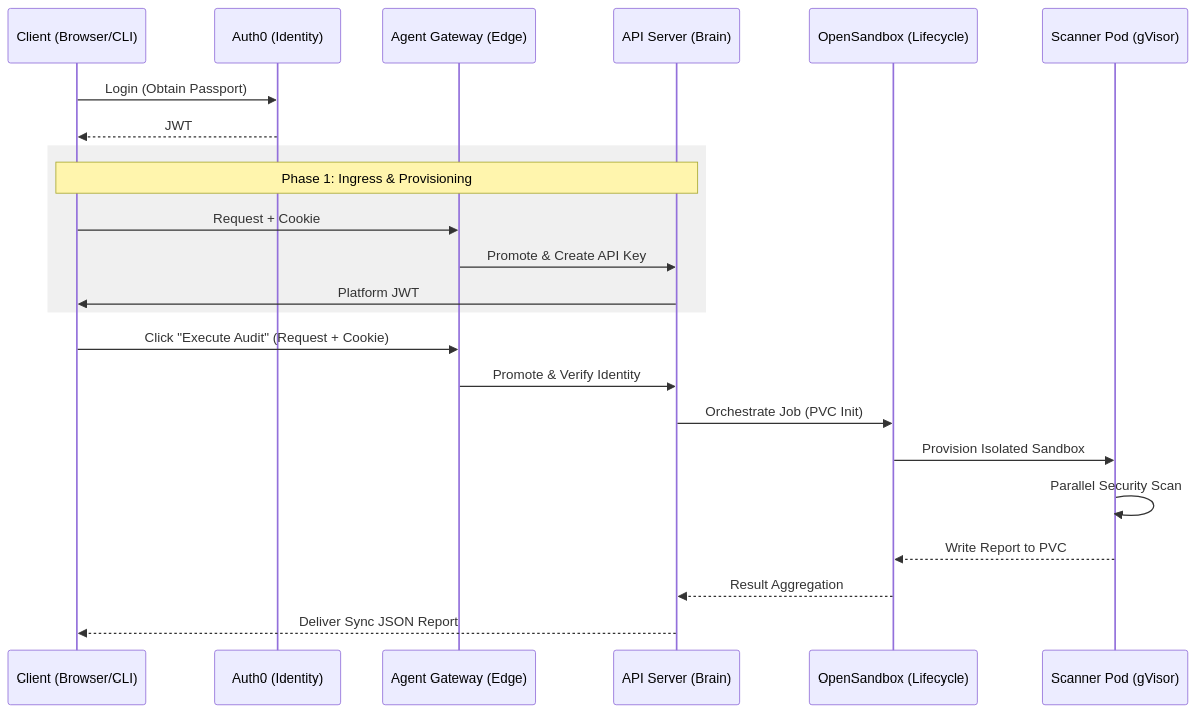
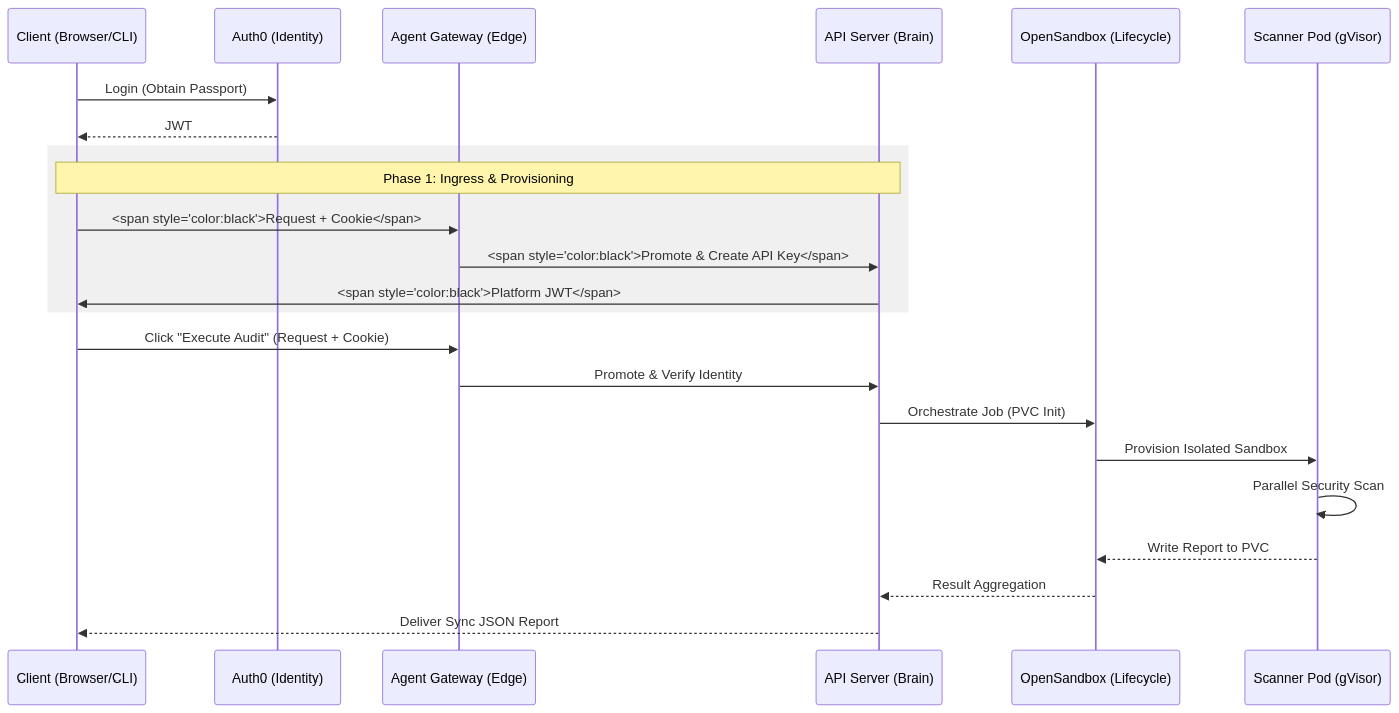
One commit to 01cloud/01-Sandbox changed the diagram in docs/technicalprocessguid.md. Above: the diagram before and after it, drawn with Mermaid.

````diff
--- a/docs/technicalprocessguid.md
+++ b/docs/technicalprocessguid.md
@@ -9,28 +9,28 @@
 ```mermaid
 sequenceDiagram
     participant User as Client (Browser/CLI)
     participant Auth0 as Auth0 (Identity)
     participant GW as Agent Gateway (Edge)
     participant API as API Server (Brain)
     participant OSS as OpenSandbox (Lifecycle)
     participant POD as Scanner Pod (gVisor)
 
     User->>Auth0: Login (Obtain Passport)
     Auth0-->>User: JWT
     
     rect rgb(240, 240, 240)
     Note over User, API: Phase 1: Ingress & Provisioning
-    User->>GW: Request + Cookie
-    GW->>API: Promote & Create API Key
-    API->>User: Platform JWT
+    User->>GW: <span style="color:black">Request + Cookie</span>
+    GW->>API: <span style="color:black">Promote & Create API Key</span>
+    API->>User: <span style="color:black">Platform JWT</span>
     end
 
     User->>GW: Click "Execute Audit" (Request + Cookie)
     GW->>API: Promote & Verify Identity
     API->>OSS: Orchestrate Job (PVC Init)
     OSS->>POD: Provision Isolated Sandbox
     POD->>POD: Parallel Security Scan
     POD-->>OSS: Write Report to PVC
     OSS-->>API: Result Aggregation
     API-->>User: Deliver Sync JSON Report
 ```
````
